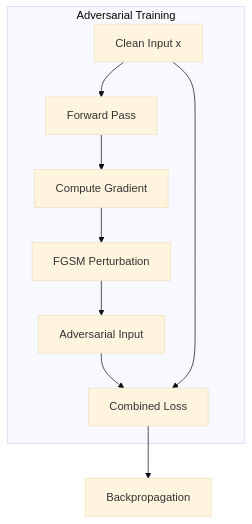
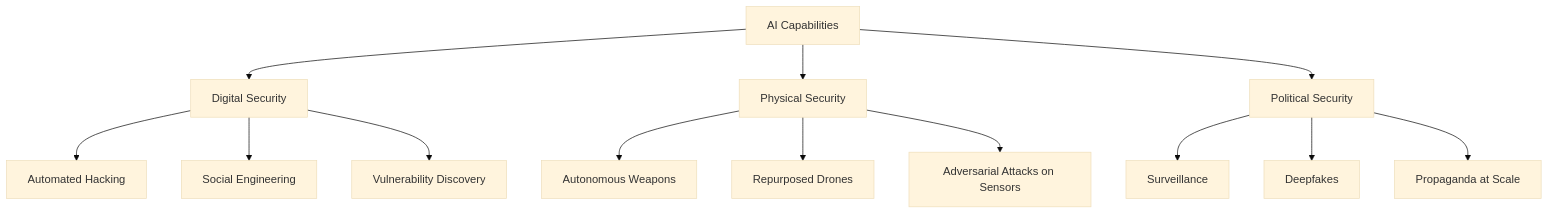
Before and after one commit to AICRA-PAGE/AICRA-PAGE.github.io: the diagram in _drafts/AICRA-PAGE/llm-prompt-injection-defense.md, drawn with Mermaid (base theme). The commit also changed other lines of this file, not shown here.

````diff
--- a/_drafts/AICRA-PAGE/llm-prompt-injection-defense.md
+++ b/_drafts/AICRA-PAGE/llm-prompt-injection-defense.md
@@ -109,12 +36,15 @@
 ```mermaid
 flowchart TB
-    subgraph Training["Adversarial Training"]
-      A[Clean Input x] --> B[Forward Pass]
-      B --> C[Compute Gradient]
-      C --> D[FGSM Perturbation]
-      D --> E[Adversarial Input]
-      E --> F[Combined Loss]
-      A --> F
-    end
-    F --> G[Backpropagation]
+    AI[AI Capabilities] --> D[Digital Security]
+    AI --> P[Physical Security]
+    AI --> PO[Political Security]
+    D --> D1[Automated Hacking]
+    D --> D2[Social Engineering]
+    D --> D3[Vulnerability Discovery]
+    P --> P1[Autonomous Weapons]
+    P --> P2[Repurposed Drones]
+    P --> P3[Adversarial Attacks on Sensors]
+    PO --> PO1[Surveillance]
+    PO --> PO2[Deepfakes]
+    PO --> PO3[Propaganda at Scale]
 ```
````
